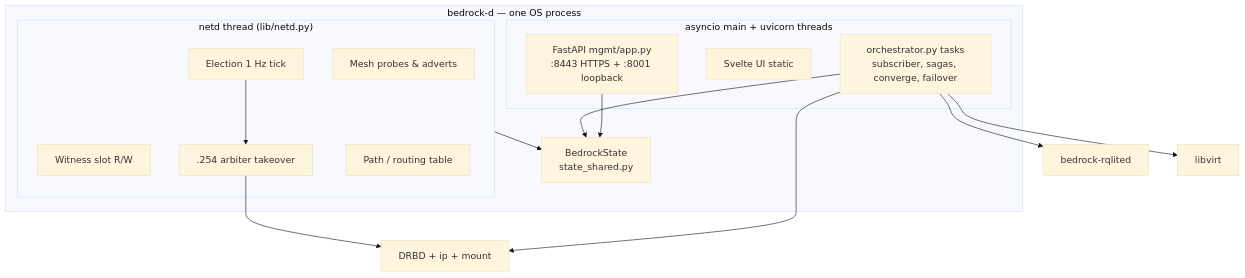
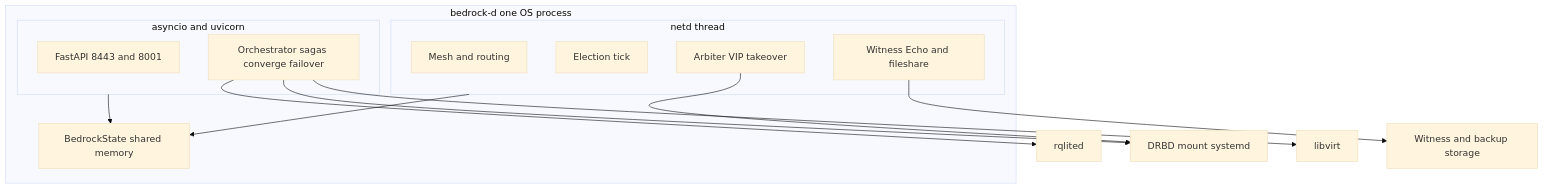
The fifth of 6 diagrams in docs/c4-architecture.md (tommyvanderwal/Bedrock), drawn with Mermaid (base theme) before and after one commit. The commit also changed other lines of this file, not shown here.

First line of the commit message:
docs(c4): simplify L1/L2 diagrams and document witness backends

````diff
--- a/docs/c4-architecture.md
+++ b/docs/c4-architecture.md
@@ -253,27 +179,24 @@
 ```mermaid
 flowchart TB
-    subgraph bd["bedrock-d — one OS process"]
-        subgraph netd["netd thread (lib/netd.py)"]
-            mesh["Mesh probes & adverts"]
-            elect["Election 1 Hz tick"]
-            wit["Witness slot R/W"]
-            arb[".254 arbiter takeover"]
-            route["Path / routing table"]
+    subgraph bd["bedrock-d one OS process"]
+        subgraph netd["netd thread"]
+            mesh["Mesh and routing"]
+            elect["Election tick"]
+            wit["Witness Echo and fileshare"]
+            arb["Arbiter VIP takeover"]
         end
-        subgraph async["asyncio main + uvicorn threads"]
-            api["FastAPI mgmt/app.py<br/>:8443 HTTPS + :8001 loopback"]
-            ui["Svelte UI static"]
-            orch["orchestrator.py tasks<br/>subscriber, sagas, converge, failover"]
+        subgraph mgmt["asyncio and uvicorn"]
+            api["FastAPI 8443 and 8001"]
+            orch["Orchestrator sagas converge failover"]
         end
-        state["BedrockState<br/>state_shared.py"]
+        state["BedrockState shared memory"]
     end
 
     netd --> state
-    orch --> state
-    api --> state
-    elect --> arb
-    orch --> rqlite["bedrock-rqlited"]
-    arb --> drbd["DRBD + ip + mount"]
+    mgmt --> state
+    orch --> rql["rqlited"]
+    arb --> drbd["DRBD mount systemd"]
     orch --> drbd
-    orch --> libvirt["libvirt"]
+    orch --> virt["libvirt"]
+    wit --> store["Witness and backup storage"]
 ```
````
